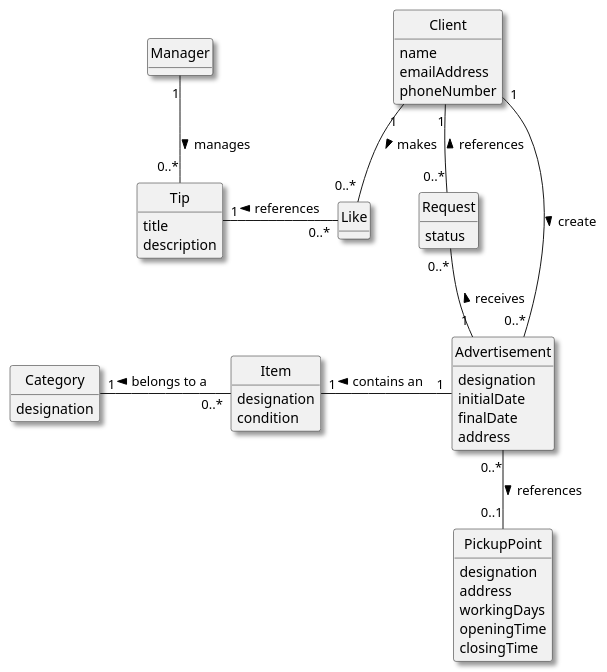
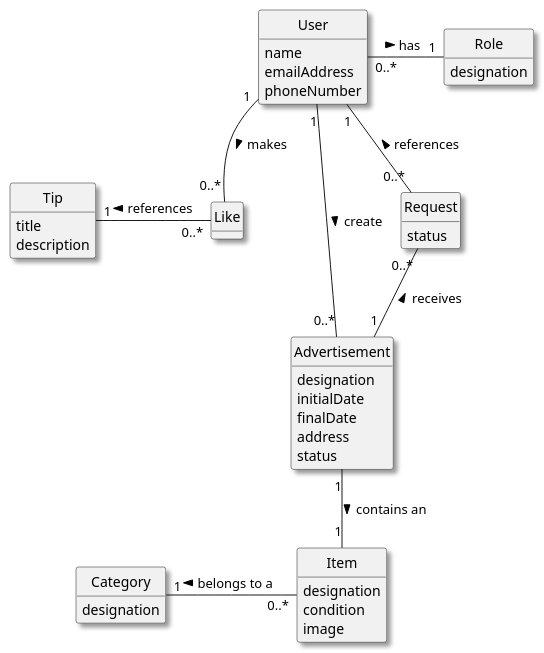
Before and after one commit to vivianeaalmeida/ComeAndGet: the diagram in Docs/global-artifacts/02-analysis/DM.puml, drawn with PlantUML. The commit also changed 5 other files, not shown here.

```diff
--- a/Docs/global-artifacts/02-analysis/DM.puml
+++ b/Docs/global-artifacts/02-analysis/DM.puml
@@ -1,69 +1,61 @@
 @startuml
 skinparam monochrome true
 skinparam packageStyle rectangle
 skinparam shadowing true
 'skinparam linetype ortho
 skinparam classAttributeIconSize 0
 hide circle
 hide methods
 'left to right direction
 
-class Manager {
-}
-
-class Client {
+class User {
     name
     emailAddress
     phoneNumber
 }
 
-class PickupPoint{
+class Role {
     designation
-    address
-    workingDays
-    openingTime
-    closingTime
 }
 
-class Item{
+class Item {
     designation
     condition
+    image
 }
 
-class Category{
+class Category {
     designation
 }
 
 class Advertisement{
     designation
     initialDate
     finalDate
     address
-    'status
+    status
     '(active, pending, closed)
 }
 
 class Request {
     status
     '(pending, canceled, denied/rejected, accepted, donated/done)
 }
 
 class Tip {
     title
     description
 }
 
 class Like {
 }
 
 Item "0..*" -left- "1" Category : belongs to a \t >
-Advertisement "1" -left- "1" Item : contains an \t >
-Client "1" -- "0..*" Advertisement : create >
-Client "1" -- "0..*" Request : references <
-Manager "1" -- "0..*" Tip : manages \t\t >
+Advertisement "1" -- "1" Item : contains an \t >
+User "1" -- "0..*" Advertisement : create >
+User "1" -- "0..*" Request : references <
 Request "0..*" -- "1" Advertisement : receives <
-Advertisement "0..*" -- "0..1" PickupPoint : references >
-Client "1" -- "0..*" Like : makes >
+User "1" -- "0..*" Like : makes >
 Like "0..*" -left- "1" Tip : references >
-
+"User" "0..*" - "1" Role : has \t >
 @enduml
```
